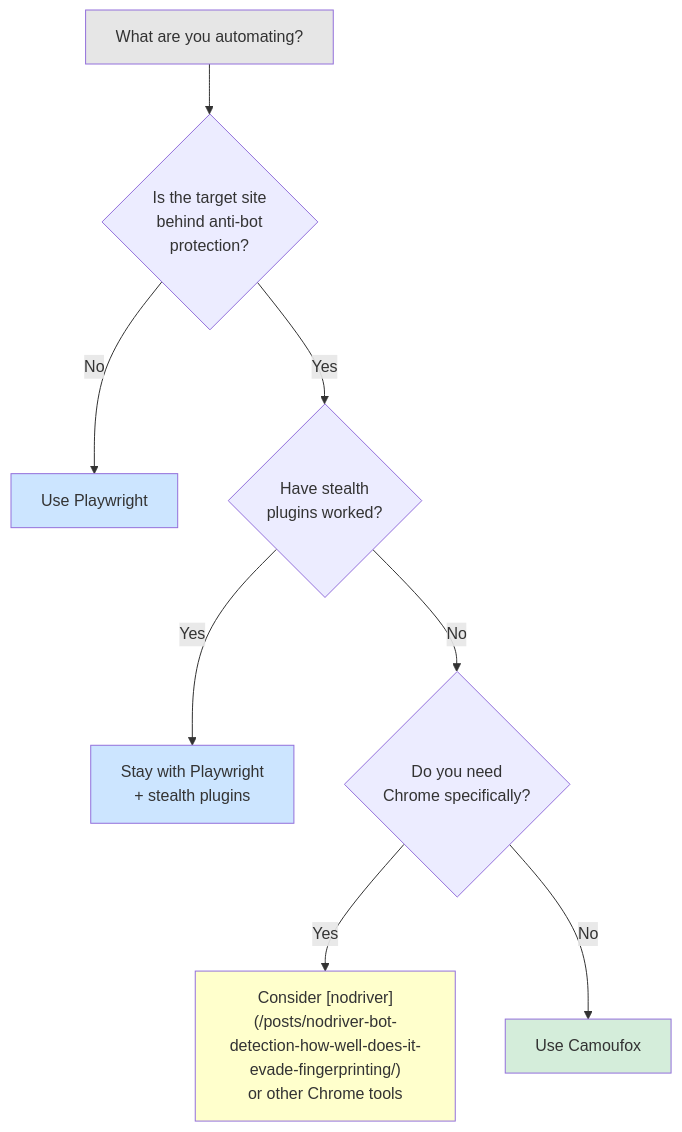
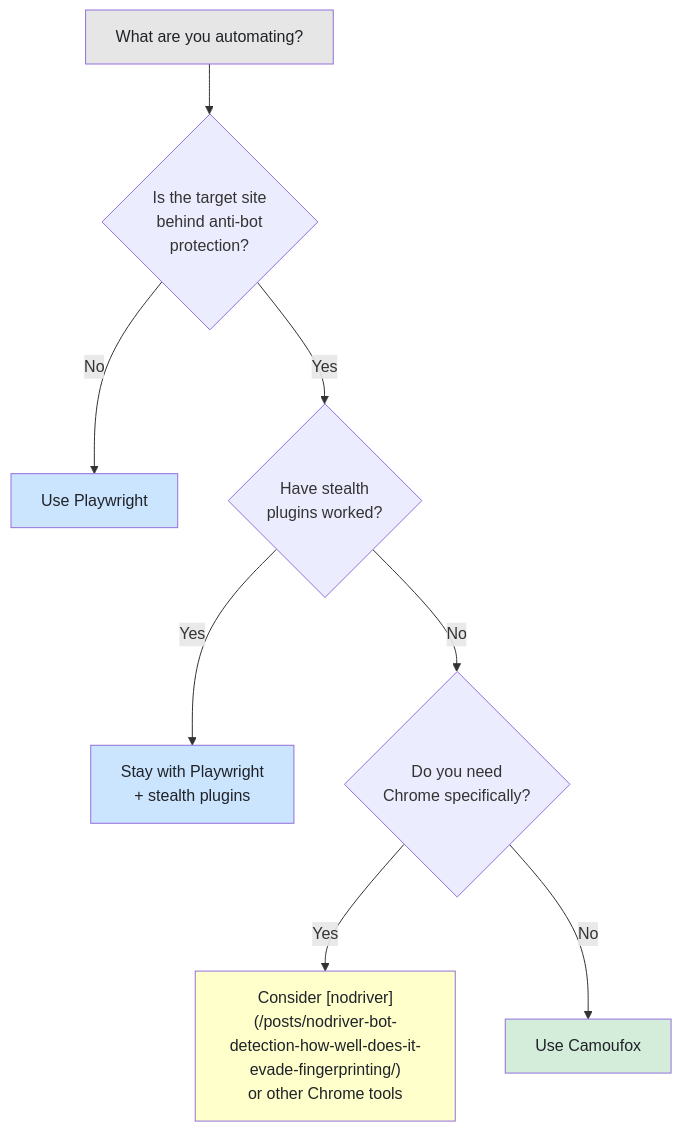
The third of 3 diagrams in _posts/2026-02-19-playwright-vs-camoufox-stealth-automation-head-to-head.md (bytetunnels/bytetunnels.github.com), drawn with Mermaid before and after one commit. The commit also changed other lines of this file and 118 other files, not shown here.

Commit message:
feat: improve diagram styling and compact wide flowcharts

````diff
--- a/_posts/2026-02-19-playwright-vs-camoufox-stealth-automation-head-to-head.md
+++ b/_posts/2026-02-19-playwright-vs-camoufox-stealth-automation-head-to-head.md
@@ -445,16 +445,16 @@
 ```mermaid
 graph TD
     A["What are you automating?"] --> B{"Is the target site<br>behind anti-bot<br>protection?"}
     B -->|No| C["Use Playwright"]
     B -->|Yes| D{"Have stealth<br>plugins worked?"}
     D -->|Yes| E["Stay with Playwright<br>+ stealth plugins"]
     D -->|No| F{"Do you need<br>Chrome specifically?"}
     F -->|Yes| G["Consider [nodriver](/posts/nodriver-bot-detection-how-well-does-it-evade-fingerprinting/)<br>or other Chrome tools"]
     F -->|No| H["Use Camoufox"]
 
-    style A fill:#e6e6e6
-    style C fill:#cce5ff
-    style E fill:#cce5ff
-    style G fill:#ffffcc
-    style H fill:#d4edda
+    style A fill:#e6e6e6,color:#1f2328
+    style C fill:#cce5ff,color:#1f2328
+    style E fill:#cce5ff,color:#1f2328
+    style G fill:#ffffcc,color:#1f2328
+    style H fill:#d4edda,color:#1f2328
 ```
````
